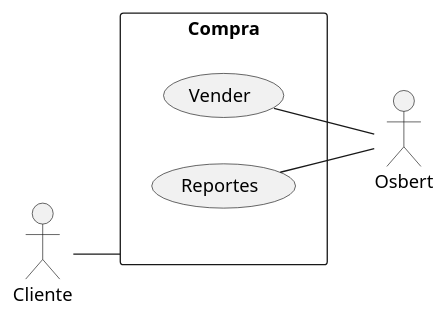
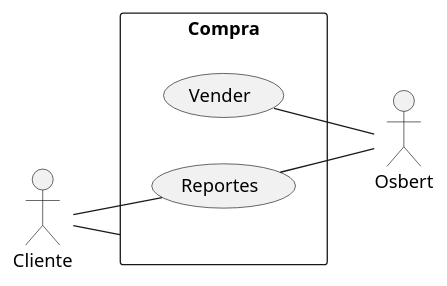
Before and after one commit to Mricoz/AMSS-MRico: the diagram in Actividades/Osbert/osbert.puml, drawn with PlantUML.

Commit message:
third commit

```diff
--- a/Actividades/Osbert/osbert.puml
+++ b/Actividades/Osbert/osbert.puml
@@ -1,10 +1,11 @@
 @startuml
     left to right direction
     actor Osbert
     actor Cliente
     rectangle Compra{
         Cliente -- (Compra)
         (Vender) -- Osbert
         (Reportes) -- Osbert
+        Cliente -- (Reportes)
     }
 @enduml
```
